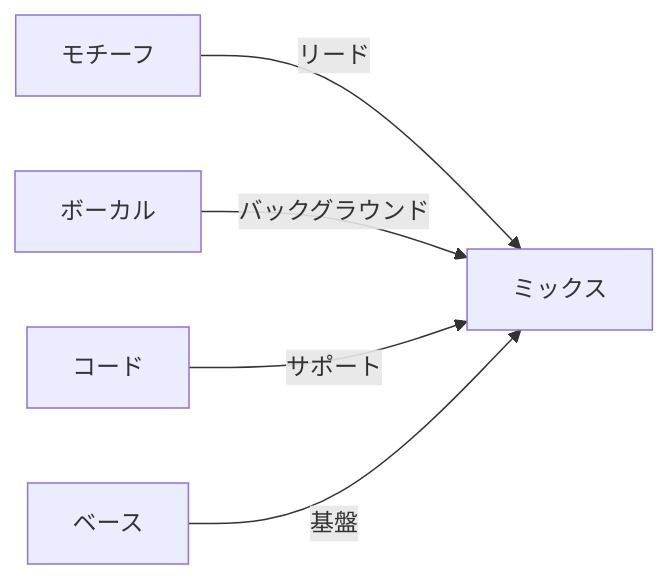
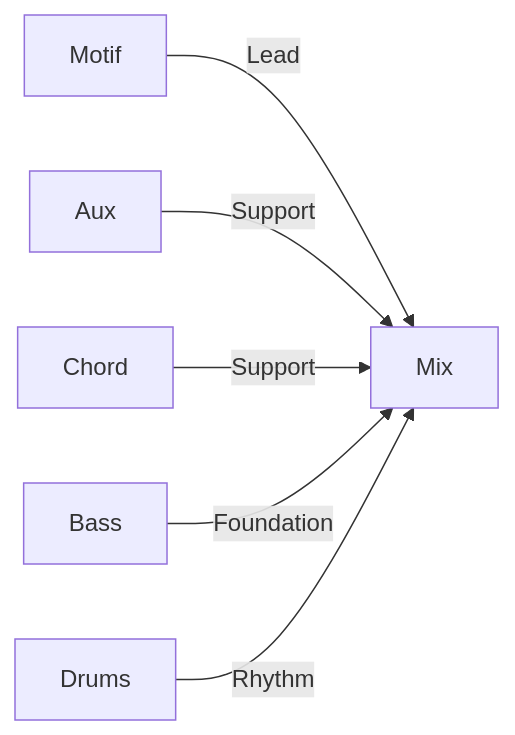
Before and after one commit to libraz/midi-sketch-homepage: the fourth of 6 diagrams in src/ja/docs/presets.md, drawn with Mermaid. The commit also changed other lines of this file and 24 other files, not shown here.

````diff
--- a/src/ja/docs/presets.md
+++ b/src/ja/docs/presets.md
@@ -245,7 +257,8 @@
 ```mermaid
 flowchart LR
-    MT[モチーフ] -->|リード| M[ミックス]
-    V[ボーカル] -->|バックグラウンド| M
-    C[コード] -->|サポート| M
-    B[ベース] -->|基盤| M
+    MT[Motif] -->|Lead| M[Mix]
+    AX[Aux] -->|Support| M
+    C[Chord] -->|Support| M
+    B[Bass] -->|Foundation| M
+    D[Drums] -->|Rhythm| M
 ```
````
